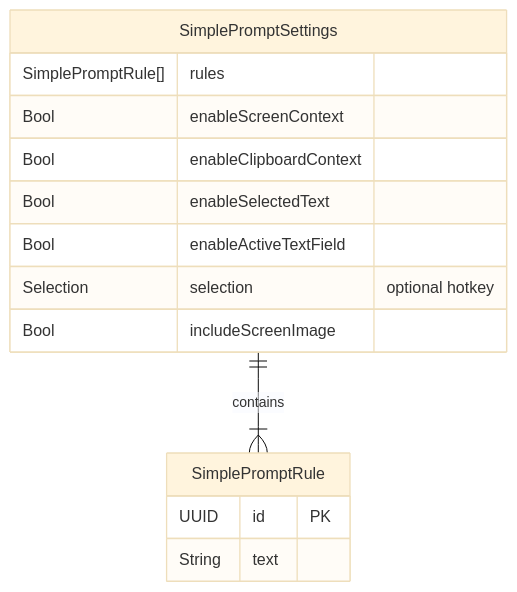
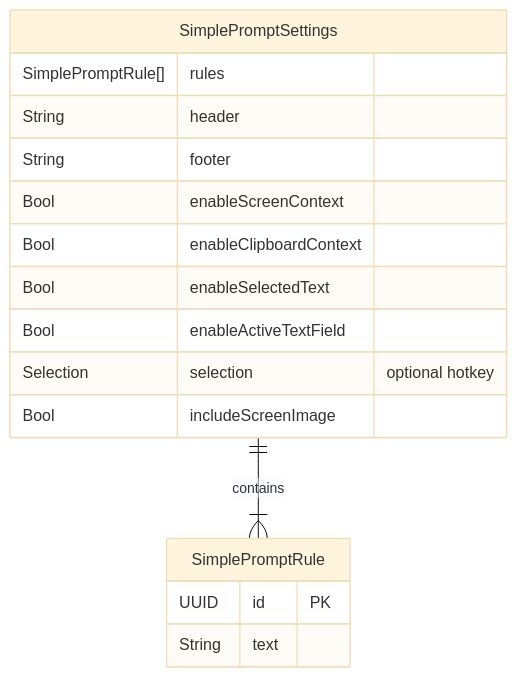
The third of 10 diagrams in datamodel.md (dkapo88/WonderWhisper-macOS), drawn with Mermaid (base theme) before and after one commit. The commit also changed other lines of this file and 10 other files, not shown here.

````diff
--- a/datamodel.md
+++ b/datamodel.md
@@ -132,19 +132,21 @@
 ```mermaid
 erDiagram
     SimplePromptSettings {
         SimplePromptRule[] rules
+        String header
+        String footer
         Bool enableScreenContext
         Bool enableClipboardContext
         Bool enableSelectedText
         Bool enableActiveTextField
         Selection selection "optional hotkey"
         Bool includeScreenImage
     }
     
     SimplePromptRule {
         UUID id PK
         String text
     }
     
     SimplePromptSettings ||--|{ SimplePromptRule : "contains"
 ```
````
